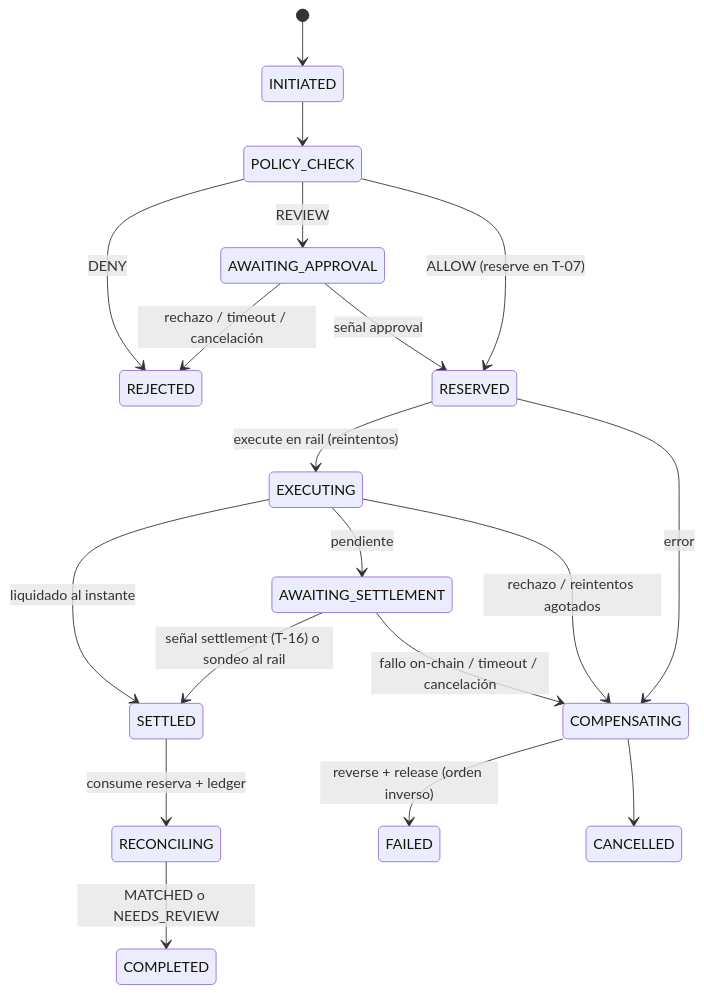
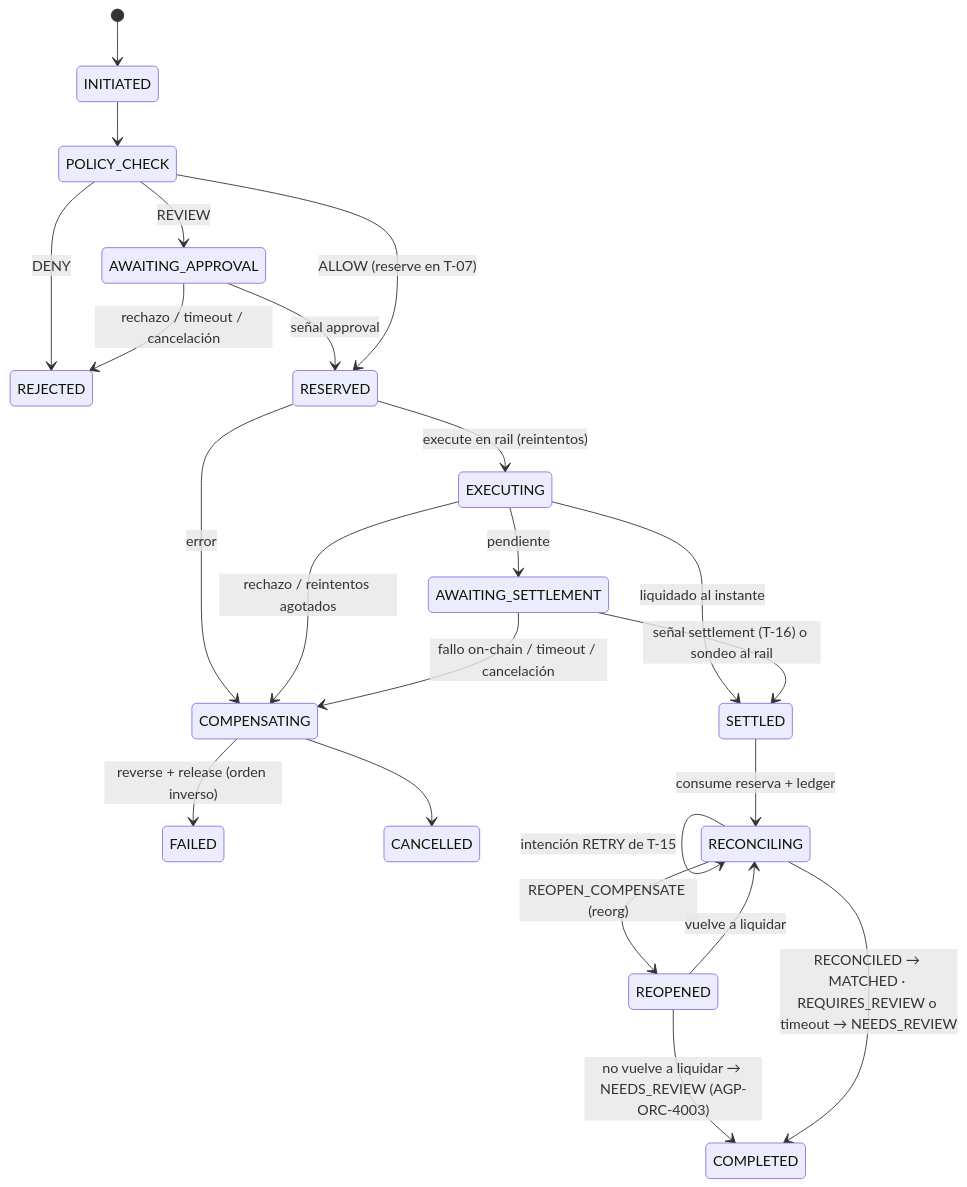
One commit to jul1us5-1/t08-temporal-workflow changed the diagram in README.md. Above: the diagram before and after it, drawn with Mermaid. The commit also changed other lines of this file and 13 other files, not shown here.

````diff
--- a/README.md
+++ b/README.md
@@ -30,21 +30,25 @@
 ```mermaid
 stateDiagram-v2
     [*] --> INITIATED
     INITIATED --> POLICY_CHECK
     POLICY_CHECK --> REJECTED: DENY
     POLICY_CHECK --> AWAITING_APPROVAL: REVIEW
     AWAITING_APPROVAL --> REJECTED: rechazo / timeout / cancelación
     AWAITING_APPROVAL --> RESERVED: señal approval
     POLICY_CHECK --> RESERVED: ALLOW (reserve en T-07)
     RESERVED --> EXECUTING: execute en rail (reintentos)
     EXECUTING --> SETTLED: liquidado al instante
     EXECUTING --> AWAITING_SETTLEMENT: pendiente
     AWAITING_SETTLEMENT --> SETTLED: señal settlement (T-16) o sondeo al rail
     RESERVED --> COMPENSATING: error
     EXECUTING --> COMPENSATING: rechazo / reintentos agotados
     AWAITING_SETTLEMENT --> COMPENSATING: fallo on-chain / timeout / cancelación
     COMPENSATING --> FAILED: reverse + release (orden inverso)
     COMPENSATING --> CANCELLED
     SETTLED --> RECONCILING: consume reserva + ledger
-    RECONCILING --> COMPLETED: MATCHED o NEEDS_REVIEW
+    RECONCILING --> RECONCILING: intención RETRY de T-15
+    RECONCILING --> REOPENED: REOPEN_COMPENSATE (reorg)
+    REOPENED --> RECONCILING: vuelve a liquidar
+    REOPENED --> COMPLETED: no vuelve a liquidar → NEEDS_REVIEW (AGP-ORC-4003)
+    RECONCILING --> COMPLETED: RECONCILED → MATCHED · REQUIRES_REVIEW o timeout → NEEDS_REVIEW
 ```
````
